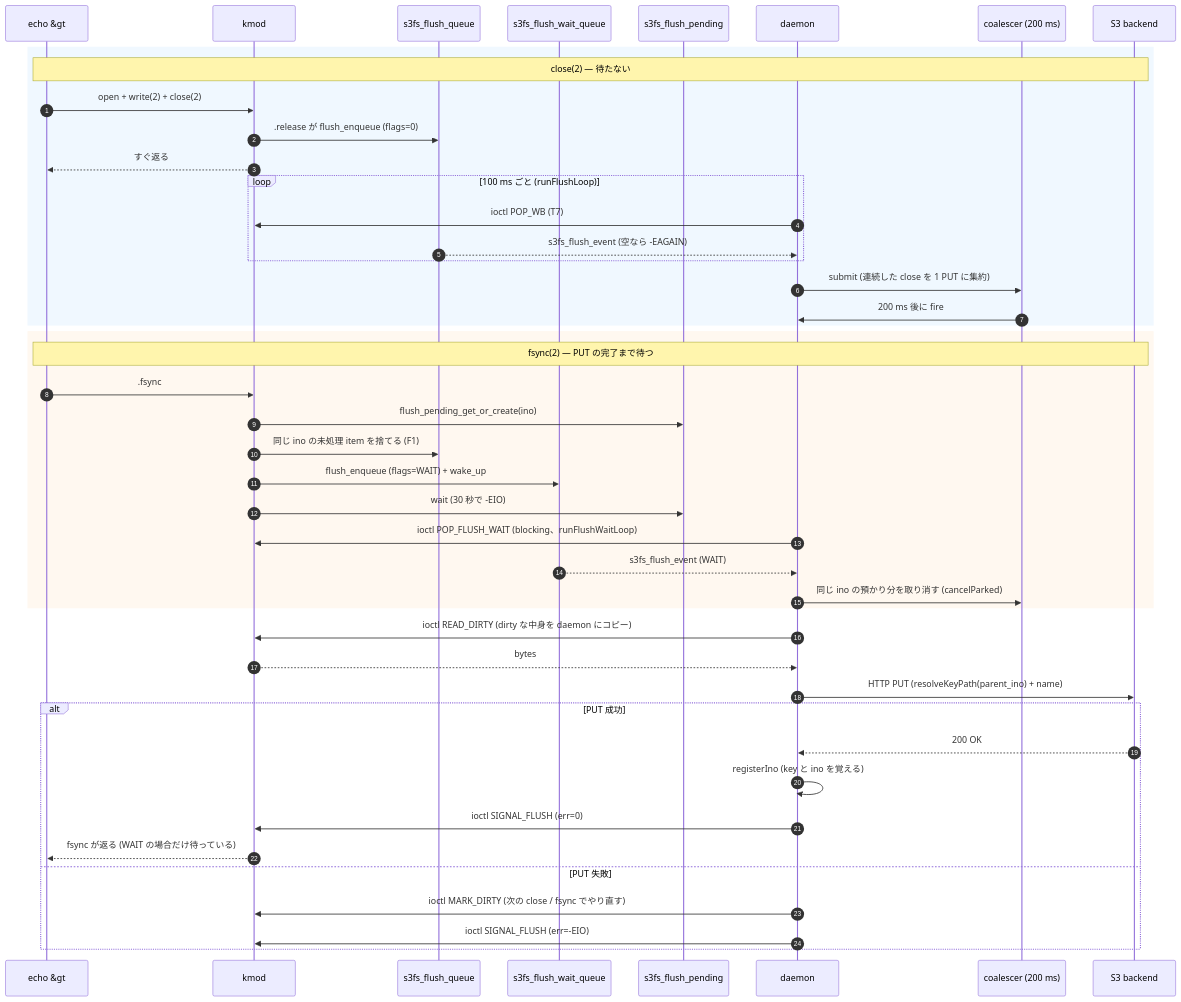
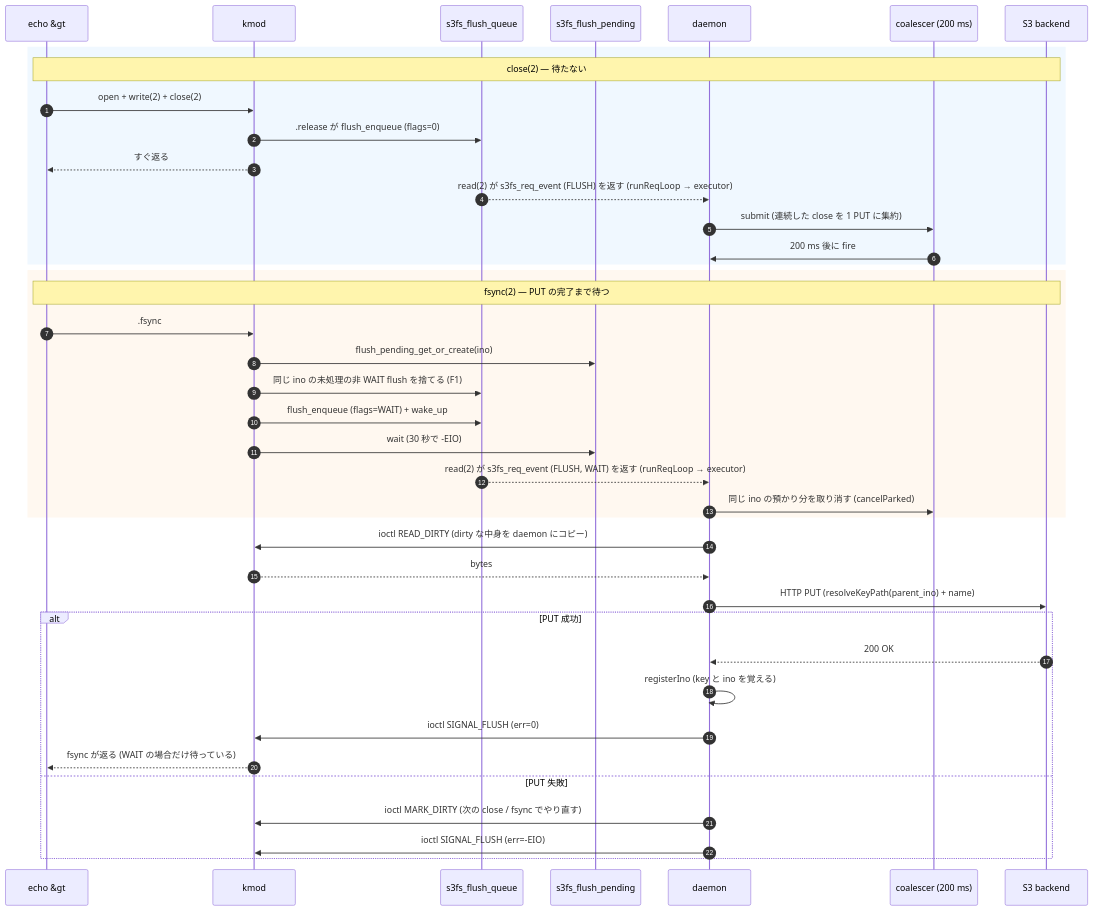
Before and after one commit to masu-mi/s3fs-ebpf: the third of 5 diagrams in docs/design/component-communication.md, drawn with Mermaid. The commit also changed other lines of this file and 26 other files, not shown here.

First line of the commit message:
v2 Phase 4 (part 2): one request queue (reqq) and one read(2) port for miss / flush / delete / rename

````diff
--- a/docs/design/component-communication.md
+++ b/docs/design/component-communication.md
@@ -206,50 +203,45 @@
 ```mermaid
 sequenceDiagram
     autonumber
     participant App as echo &gt;
     participant Kmod as kmod
     participant FQ as s3fs_flush_queue
-    participant FW as s3fs_flush_wait_queue
     participant FP as s3fs_flush_pending
     participant Daemon as daemon
     participant Coal as coalescer (200 ms)
     participant S3 as S3 backend
 
     rect rgb(240,248,255)
     Note over App,S3: close(2) — 待たない
     App->>Kmod: open + write(2) + close(2)
     Kmod->>FQ: .release が flush_enqueue (flags=0)
     Kmod-->>App: すぐ返る
-    loop 100 ms ごと (runFlushLoop)
-      Daemon->>Kmod: ioctl POP_WB (T7)
-      FQ-->>Daemon: s3fs_flush_event (空なら -EAGAIN)
-    end
+    FQ-->>Daemon: read(2) が s3fs_req_event (FLUSH) を返す (runReqLoop → executor)
     Daemon->>Coal: submit (連続した close を 1 PUT に集約)
     Coal->>Daemon: 200 ms 後に fire
     end
 
     rect rgb(255,248,240)
     Note over App,S3: fsync(2) — PUT の完了まで待つ
     App->>Kmod: .fsync
     Kmod->>FP: flush_pending_get_or_create(ino)
-    Kmod->>FQ: 同じ ino の未処理 item を捨てる (F1)
-    Kmod->>FW: flush_enqueue (flags=WAIT) + wake_up
+    Kmod->>FQ: 同じ ino の未処理の非 WAIT flush を捨てる (F1)
+    Kmod->>FQ: flush_enqueue (flags=WAIT) + wake_up
     Kmod->>FP: wait (30 秒で -EIO)
-    Daemon->>Kmod: ioctl POP_FLUSH_WAIT (blocking、runFlushWaitLoop)
-    FW-->>Daemon: s3fs_flush_event (WAIT)
+    FQ-->>Daemon: read(2) が s3fs_req_event (FLUSH, WAIT) を返す (runReqLoop → executor)
     Daemon->>Coal: 同じ ino の預かり分を取り消す (cancelParked)
     end
 
     Daemon->>Kmod: ioctl READ_DIRTY (dirty な中身を daemon にコピー)
     Kmod-->>Daemon: bytes
     Daemon->>S3: HTTP PUT (resolveKeyPath(parent_ino) + name)
     alt PUT 成功
       S3-->>Daemon: 200 OK
       Daemon->>Daemon: registerIno (key と ino を覚える)
       Daemon->>Kmod: ioctl SIGNAL_FLUSH (err=0)
       Kmod-->>App: fsync が返る (WAIT の場合だけ待っている)
     else PUT 失敗
       Daemon->>Kmod: ioctl MARK_DIRTY (次の close / fsync でやり直す)
       Daemon->>Kmod: ioctl SIGNAL_FLUSH (err=-EIO)
     end
 ```
````
